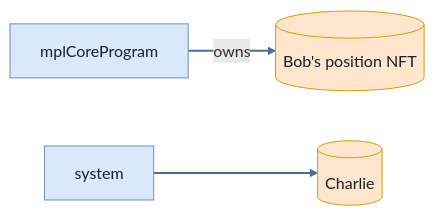
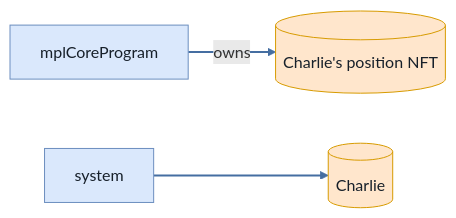
Diagram 30 of 36 in md-reports-babelfish/full_lifecycle.md (cds-turbin3/vesting-position), drawn with Mermaid before and after one commit. The commit also changed other lines of this file and 62 other files, not shown here.

````diff
--- a/md-reports-babelfish/full_lifecycle.md
+++ b/md-reports-babelfish/full_lifecycle.md
@@ -1211,13 +1211,13 @@
 ```mermaid
 flowchart LR
     mplCoreProgram["mplCoreProgram"]:::program
-    BobspositionNFT[("Bob's position NFT")]:::state
+    CharliespositionNFT[("Charlie's position NFT")]:::state
     system["system"]:::program
     Charlie[("Charlie")]:::state
-    mplCoreProgram -->|owns| BobspositionNFT
+    mplCoreProgram -->|owns| CharliespositionNFT
     system --> Charlie
     classDef program fill:#dae8fc,stroke:#6c8ebf,color:#17202a;
     classDef signer fill:#d5e8d4,stroke:#82b366,color:#17202a;
     classDef state fill:#ffe6cc,stroke:#d79b00,color:#17202a;
     linkStyle 0,1 stroke:#456ea1,stroke-width:2px
 ```
````
